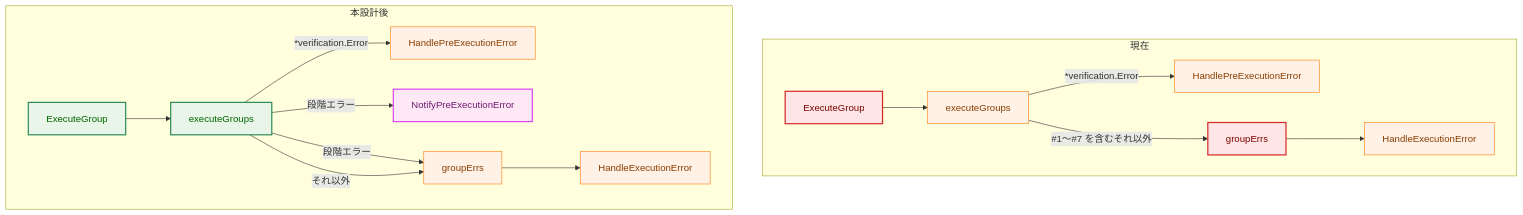
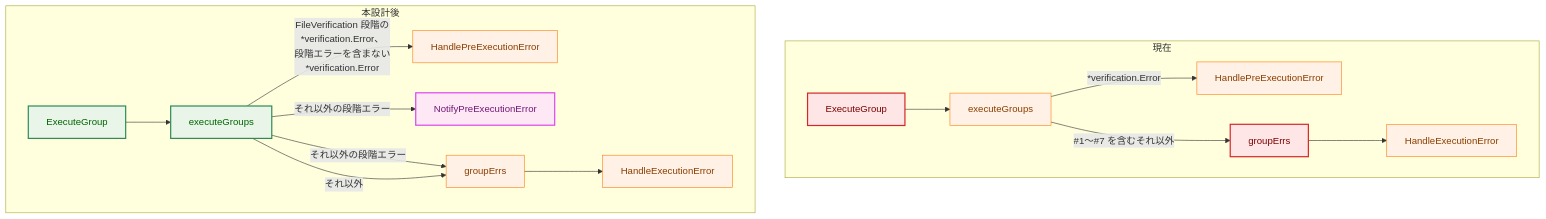
One commit to isseis/go-safe-cmd-runner changed the third of 14 diagrams in docs/tasks/0176_group_pre_execution_failure_notification/02_architecture.md. Above: the diagram before and after it, drawn with Mermaid. The commit also changed other lines of this file, not shown here.

````diff
--- a/docs/tasks/0176_group_pre_execution_failure_notification/02_architecture.md
+++ b/docs/tasks/0176_group_pre_execution_failure_notification/02_architecture.md
@@ -138,39 +138,39 @@
 ```mermaid
 flowchart TD
     classDef process fill:#fff1e6,stroke:#ff7f0e,stroke-width:1px,color:#8a3e00;
     classDef enhanced fill:#e8f5e8,stroke:#2e8b57,stroke-width:2px,color:#006400;
     classDef newpkg fill:#ffe8f5,stroke:#d946ef,stroke-width:2px,color:#701a75;
     classDef problem fill:#ffe6e6,stroke:#d62728,stroke-width:2px,color:#7b0000;
 
     subgraph Before["現在"]
         B_GE["ExecuteGroup"]
         B_EG["executeGroups"]
         B_V["HandlePreExecutionError"]
         B_ERRS["groupErrs"]
         B_MAIN["HandleExecutionError"]
         B_GE --> B_EG
         B_EG -->|"*verification.Error"| B_V
         B_EG -->|"#1〜#7 を含むそれ以外"| B_ERRS
         B_ERRS --> B_MAIN
         class B_GE,B_ERRS problem
         class B_EG,B_V,B_MAIN process
     end
 
     subgraph After["本設計後"]
         A_GE["ExecuteGroup"]
         A_EG["executeGroups"]
         A_V["HandlePreExecutionError"]
         A_N["NotifyPreExecutionError"]
         A_ERRS["groupErrs"]
         A_MAIN["HandleExecutionError"]
         A_GE --> A_EG
-        A_EG -->|"*verification.Error"| A_V
-        A_EG -->|"段階エラー"| A_N
-        A_EG -->|"段階エラー"| A_ERRS
+        A_EG -->|"FileVerification 段階の<br>*verification.Error、<br>段階エラーを含まない<br>*verification.Error"| A_V
+        A_EG -->|"それ以外の段階エラー"| A_N
+        A_EG -->|"それ以外の段階エラー"| A_ERRS
         A_EG -->|"それ以外"| A_ERRS
         A_ERRS --> A_MAIN
         class A_GE,A_EG enhanced
         class A_N newpkg
         class A_V,A_ERRS,A_MAIN process
     end
 ```
````
